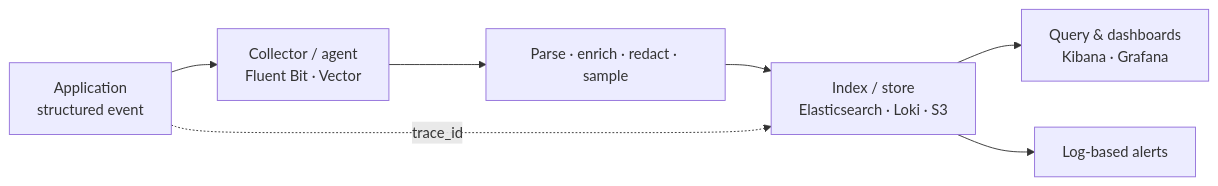
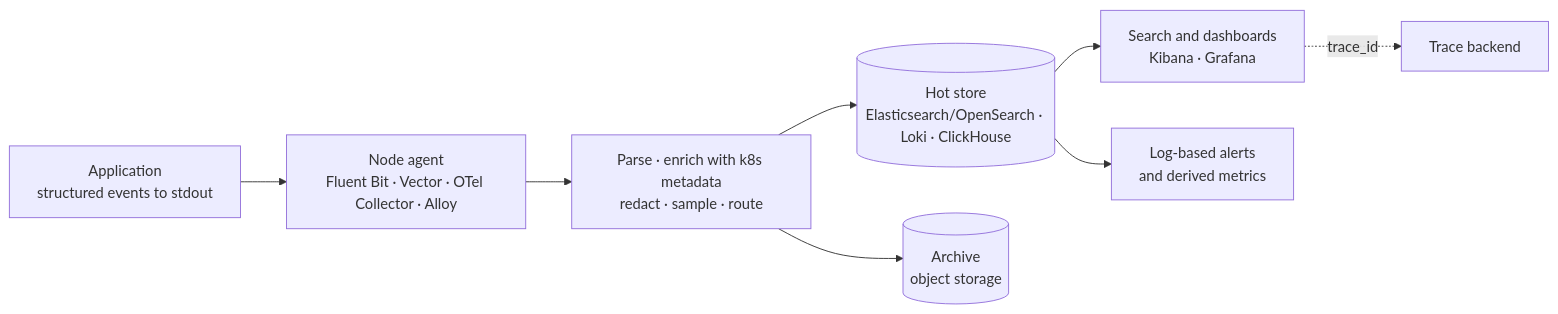
One commit to AndrewAltimit/Documentation changed the first of 4 diagrams in github-pages/docs/observability/logging.md. Above: the diagram before and after it, drawn with Mermaid. The commit also changed other lines of this file and 240 other files, not shown here.

````diff
--- a/github-pages/docs/observability/logging.md
+++ b/github-pages/docs/observability/logging.md
@@ -20,9 +20,10 @@
 ```mermaid
 flowchart LR
-    App["Application<br/>structured event"] --> Agent["Collector / agent<br/>Fluent Bit · Vector"]
-    Agent --> Proc["Parse · enrich · redact · sample"]
-    Proc --> Store["Index / store<br/>Elasticsearch · Loki · S3"]
-    Store --> Query["Query &amp; dashboards<br/>Kibana · Grafana"]
-    Store --> Alert["Log-based alerts"]
-    App -. trace_id .-> Store
+    App["Application<br/>structured events to stdout"] --> Agent["Node agent<br/>Fluent Bit · Vector · OTel Collector · Alloy"]
+    Agent --> Proc["Parse · enrich with k8s metadata<br/>redact · sample · route"]
+    Proc --> Hot[("Hot store<br/>Elasticsearch/OpenSearch · Loki · ClickHouse")]
+    Proc --> Arch[("Archive<br/>object storage")]
+    Hot --> Query["Search and dashboards<br/>Kibana · Grafana"]
+    Hot --> Rules["Log-based alerts<br/>and derived metrics"]
+    Query -. trace_id .-> Traces["Trace backend"]
 ```
````
